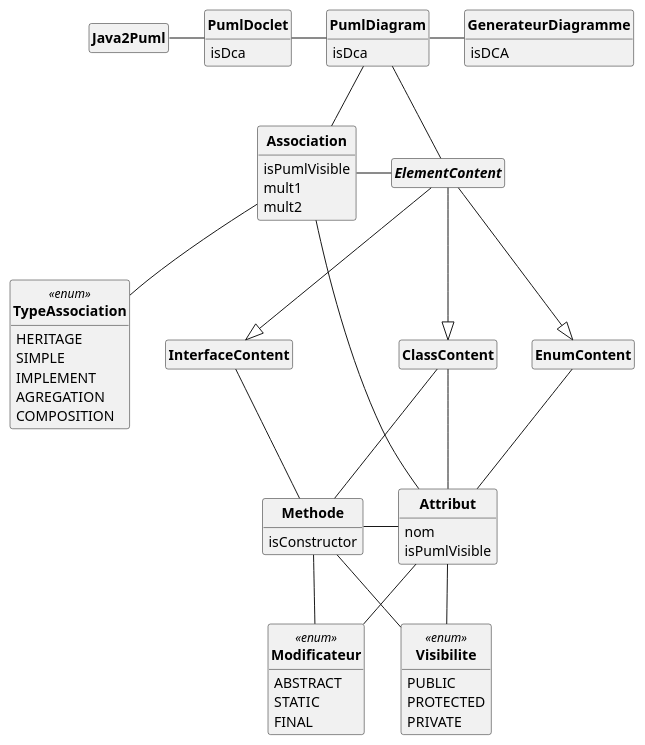
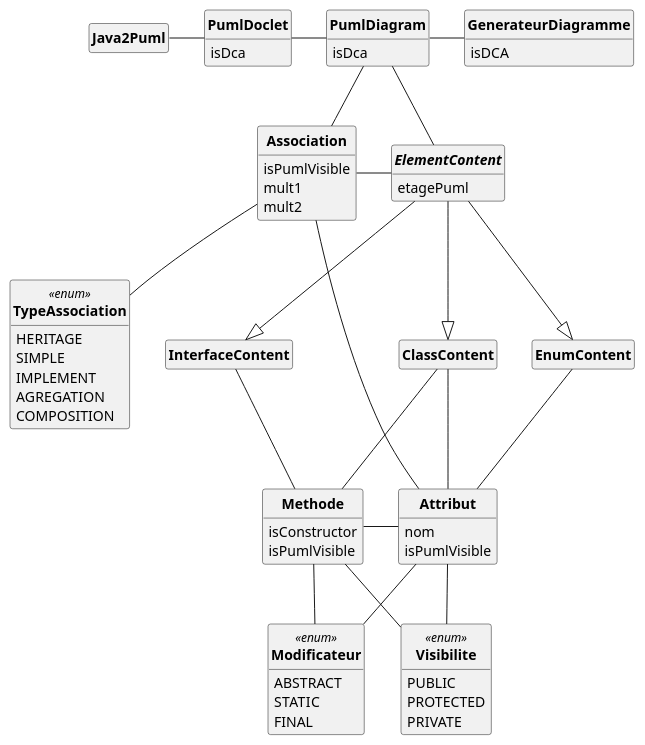
Before and after one commit to DimToups/Java-to-PUML-converter: the diagram in uml/pumlFromJavaDCA.puml, drawn with PlantUML. The commit also changed 5 other files, not shown here.

```diff
--- a/uml/pumlFromJavaDCA.puml
+++ b/uml/pumlFromJavaDCA.puml
@@ -1,80 +1,82 @@
 @startuml
 'https://plantuml.com/class-diagram
 
 skinparam style strictuml
 skinparam classAttributeIconSize 0
 skinparam classFontStyle Bold
 
 hide empty members
 
 class Java2Puml{
 }
 class PumlDoclet{
     isDca
 }
 class PumlDiagram{
     isDca
 }
 abstract class ElementContent{
+    etagePuml
 }
 class EnumContent{
 }
 class ClassContent{
 }
 class InterfaceContent{
 }
 class Attribut{
     nom
     isPumlVisible
 }
 class Methode{
     isConstructor
+    isPumlVisible
 }
 enum Modificateur <<enum>>{
     ABSTRACT
     STATIC
     FINAL
 }
 class Association{
     isPumlVisible
     mult1
     mult2
 }
 enum TypeAssociation <<enum>>{
     HERITAGE
     SIMPLE
     IMPLEMENT
     AGREGATION
     COMPOSITION
 }
 enum Visibilite <<enum>>{
     PUBLIC
     PROTECTED
     PRIVATE
 }
 class GenerateurDiagramme{
     isDCA
 }
 
 Java2Puml - PumlDoclet
 PumlDoclet - PumlDiagram
 PumlDiagram - GenerateurDiagramme
 PumlDiagram - ElementContent
 PumlDiagram -- Association
 ElementContent --|> ClassContent
 ElementContent --|> EnumContent
 ElementContent --|> InterfaceContent
 ClassContent -- Attribut
 ClassContent -- Methode
 EnumContent -- Attribut
 InterfaceContent -- Methode
 Attribut  --  Visibilite
 Methode  -- Visibilite
 Attribut  -- Modificateur
 Methode --  Modificateur
 Methode - Attribut
 Association - ElementContent
 Association -- TypeAssociation
 Association -- Attribut
 
 @enduml
```
